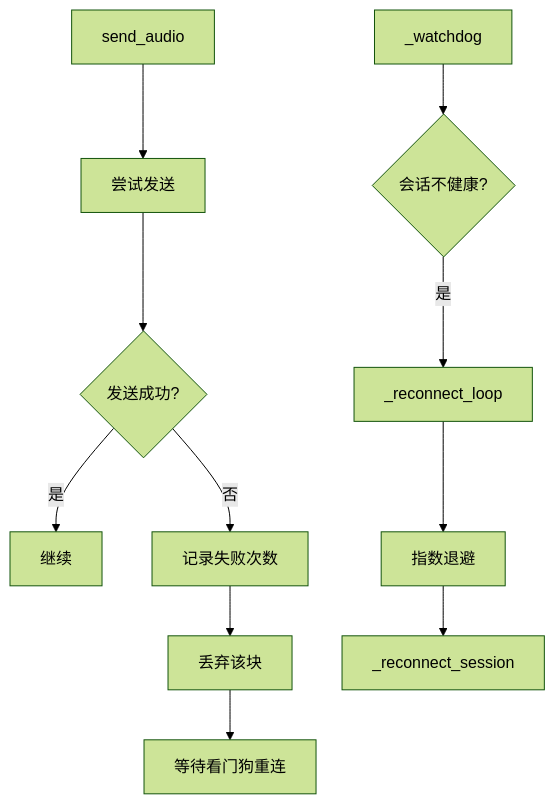
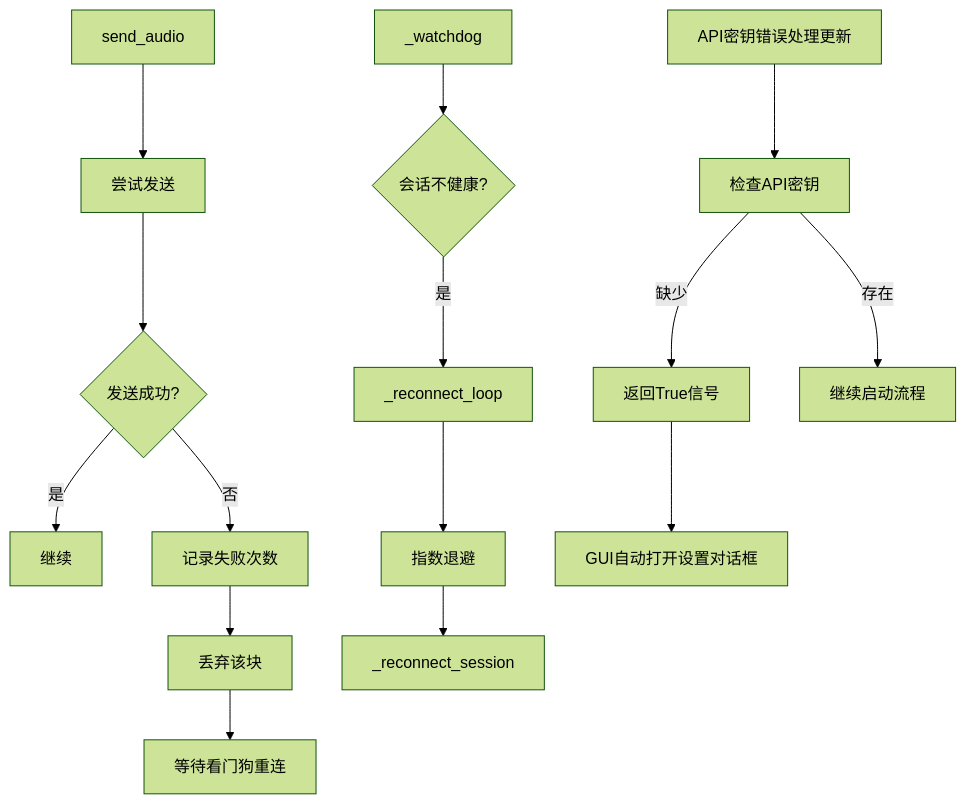
The eighth of 9 diagrams in .qoder/repowiki/zh/content/核心引擎架构/引擎生命周期管理.md (EMeowAGENT/vrchat-livetranslate), drawn with Mermaid (forest theme) before and after one commit. The commit also changed other lines of this file and 75 other files, not shown here.

````diff
--- a/.qoder/repowiki/zh/content/核心引擎架构/引擎生命周期管理.md
+++ b/.qoder/repowiki/zh/content/核心引擎架构/引擎生命周期管理.md
@@ -412,13 +483,17 @@
 ```mermaid
 flowchart TD
 SendAudio["send_audio"] --> TrySend["尝试发送"]
 TrySend --> Success{"发送成功?"}
 Success --> |是| Next["继续"]
 Success --> |否| RecordFail["记录失败次数"]
 RecordFail --> DropChunk["丢弃该块"]
 DropChunk --> WaitReconnect["等待看门狗重连"]
 Watchdog["_watchdog"] --> Dead{"会话不健康?"}
 Dead --> |是| ReconnectLoop["_reconnect_loop"]
 ReconnectLoop --> Backoff["指数退避"]
 Backoff --> ReconnectSession["_reconnect_session"]
+Note2["API密钥错误处理更新"] --> CheckKey["检查API密钥"]
+CheckKey --> |缺少| ReturnTrue["返回True信号"]
+ReturnTrue --> OpenSettings["GUI自动打开设置对话框"]
+CheckKey --> |存在| Continue["继续启动流程"]
 ```
````
